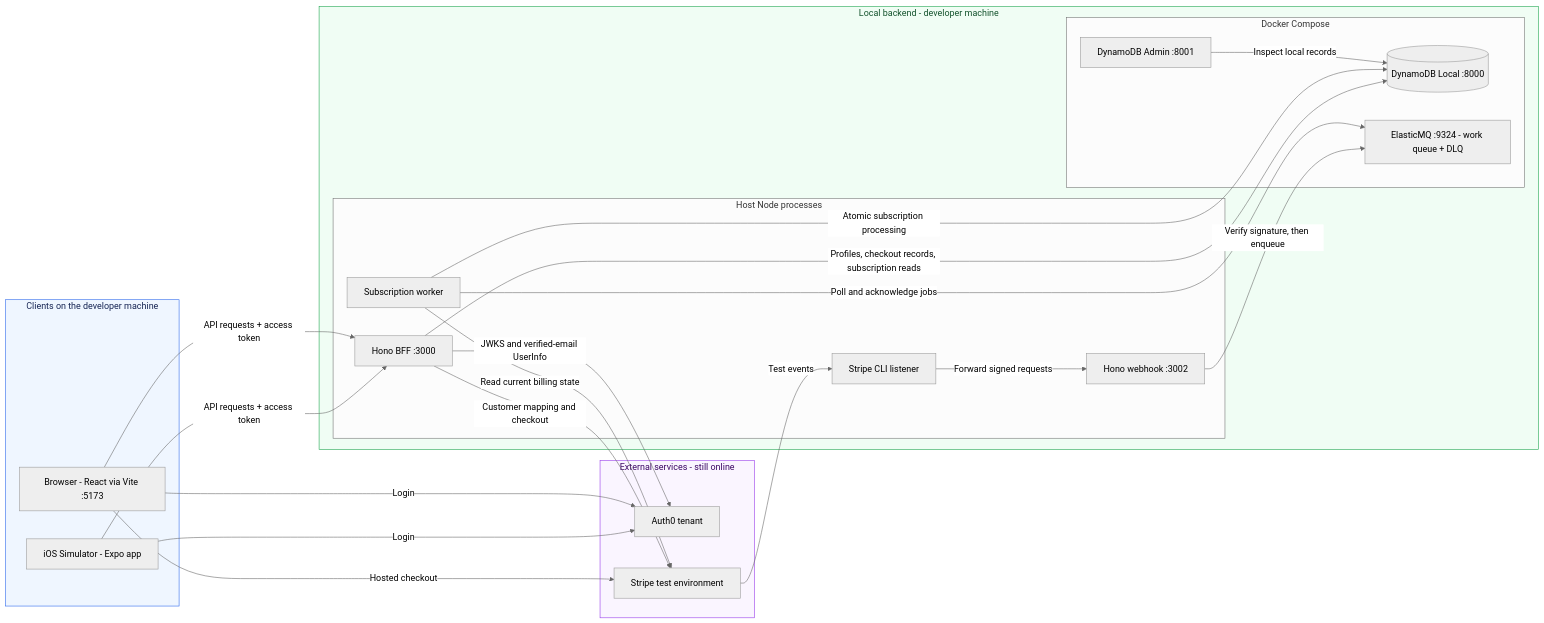
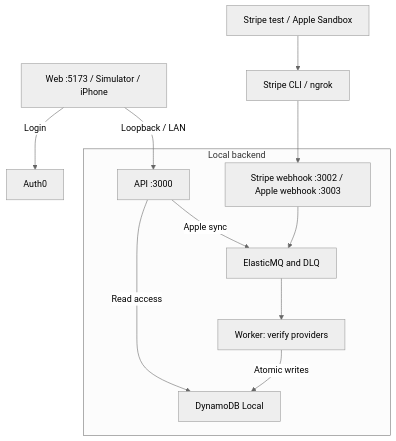
Before and after one commit to phillippbertram/subscription-consolidation-workshop: the first of 2 diagrams in docs/ARCHITECTURE.md, drawn with Mermaid (neutral theme). The commit also changed other lines of this file and 22 other files, not shown here.

````diff
--- a/docs/ARCHITECTURE.md
+++ b/docs/ARCHITECTURE.md
@@ -78,46 +23,17 @@
 ```mermaid
-flowchart LR
-    subgraph clients["Clients on the developer machine"]
-        mobile["iOS Simulator - Expo app"]
-        web["Browser - React via Vite :5173"]
+flowchart TB
+    Clients["Web :5173 / Simulator / iPhone"] -->|"Login"| Auth0["Auth0"]
+    Providers["Stripe test / Apple Sandbox"] --> Forward["Stripe CLI / ngrok"]
+    subgraph Host["Local backend"]
+        API["API :3000"]
+        Hooks["Stripe webhook :3002 / Apple webhook :3003"]
+        Queue["ElasticMQ and DLQ"]
+        Worker["Worker: verify providers"]
+        DB["DynamoDB Local"]
+        API -->|"Read access"| DB
+        API -->|"Apple sync"| Queue
+        Hooks --> Queue --> Worker -->|"Atomic writes"| DB
     end
-
-    subgraph local["Local backend - developer machine"]
-        subgraph node["Host Node processes"]
-            bff["Hono BFF :3000"]
-            cli["Stripe CLI listener"]
-            webhook["Hono webhook :3002"]
-            worker["Subscription worker"]
-        end
-        subgraph docker["Docker Compose"]
-            database[("DynamoDB Local :8000")]
-            queue["ElasticMQ :9324 - work queue + DLQ"]
-            admin["DynamoDB Admin :8001"]
-        end
-    end
-
-    subgraph external["External services - still online"]
-        auth["Auth0 tenant"]
-        stripe["Stripe test environment"]
-    end
-
-    mobile -->|"API requests + access token"| bff
-    web -->|"API requests + access token"| bff
-    mobile -->|"Login"| auth
-    web -->|"Login"| auth
-    bff -->|"JWKS and verified-email UserInfo"| auth
-    bff -->|"Customer mapping and checkout"| stripe
-    web -->|"Hosted checkout"| stripe
-    bff -->|"Profiles, checkout records, subscription reads"| database
-    stripe -->|"Test events"| cli
-    cli -->|"Forward signed requests"| webhook
-    webhook -->|"Verify signature, then enqueue"| queue
-    worker -->|"Poll and acknowledge jobs"| queue
-    worker -->|"Read current billing state"| stripe
-    worker -->|"Atomic subscription processing"| database
-    admin -->|"Inspect local records"| database
-
-    style clients fill:#eff6ff,stroke:#2563eb,color:#172554
-    style local fill:#f0fdf4,stroke:#16a34a,color:#14532d
-    style external fill:#faf5ff,stroke:#9333ea,color:#3b0764
+    Clients -->|"Loopback / LAN"| API
+    Forward --> Hooks
 ```
````
